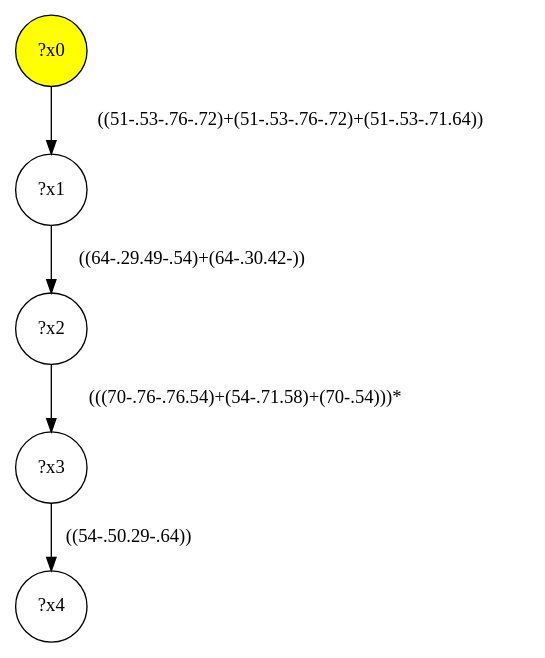
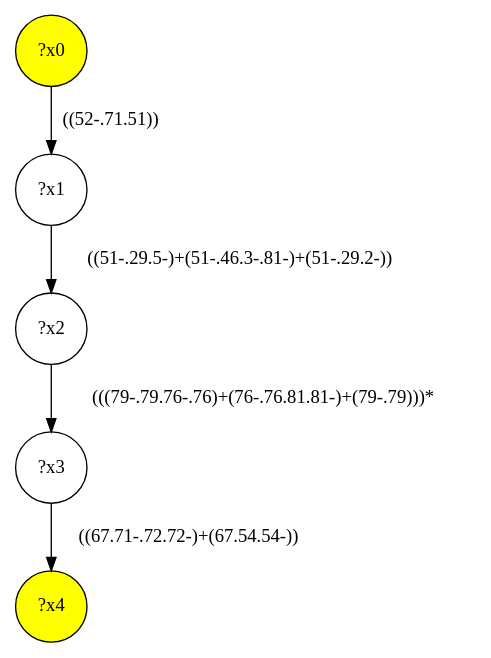
Before and after one commit to MathieuGicquel/federated-benchmark: the diagram in lib/gmark/demo/shop/shop-interface/query-36.dot, drawn with Graphviz. The commit also changed 354 other files, not shown here.

```diff
--- a/lib/gmark/demo/shop/shop-interface/query-36.dot
+++ b/lib/gmark/demo/shop/shop-interface/query-36.dot
@@ -1,11 +1,11 @@
 digraph g {
 	x0 [fillcolor="yellow", style="filled," shape=circle, label="?x0"];
+	x4 [fillcolor="yellow", style="filled," shape=circle, label="?x4"];
 	x1 [shape=circle, label="?x1"];
-	x0 -> x1 [label="((51-.53-.76-.72)+(51-.53-.76-.72)+(51-.53-.71.64))"];
+	x0 -> x1 [label="((52-.71.51))"];
 	x2 [shape=circle, label="?x2"];
-	x1 -> x2 [label="((64-.29.49-.54)+(64-.30.42-))"];
+	x1 -> x2 [label="((51-.29.5-)+(51-.46.3-.81-)+(51-.29.2-))"];
 	x3 [shape=circle, label="?x3"];
-	x2 -> x3 [label="(((70-.76-.76.54)+(54-.71.58)+(70-.54)))*"];
-	x4 [shape=circle, label="?x4"];
-	x3 -> x4 [label="((54-.50.29-.64))"];
+	x2 -> x3 [label="(((79-.79.76-.76)+(76-.76.81.81-)+(79-.79)))*"];
+	x3 -> x4 [label="((67.71-.72.72-)+(67.54.54-))"];
 }
```
